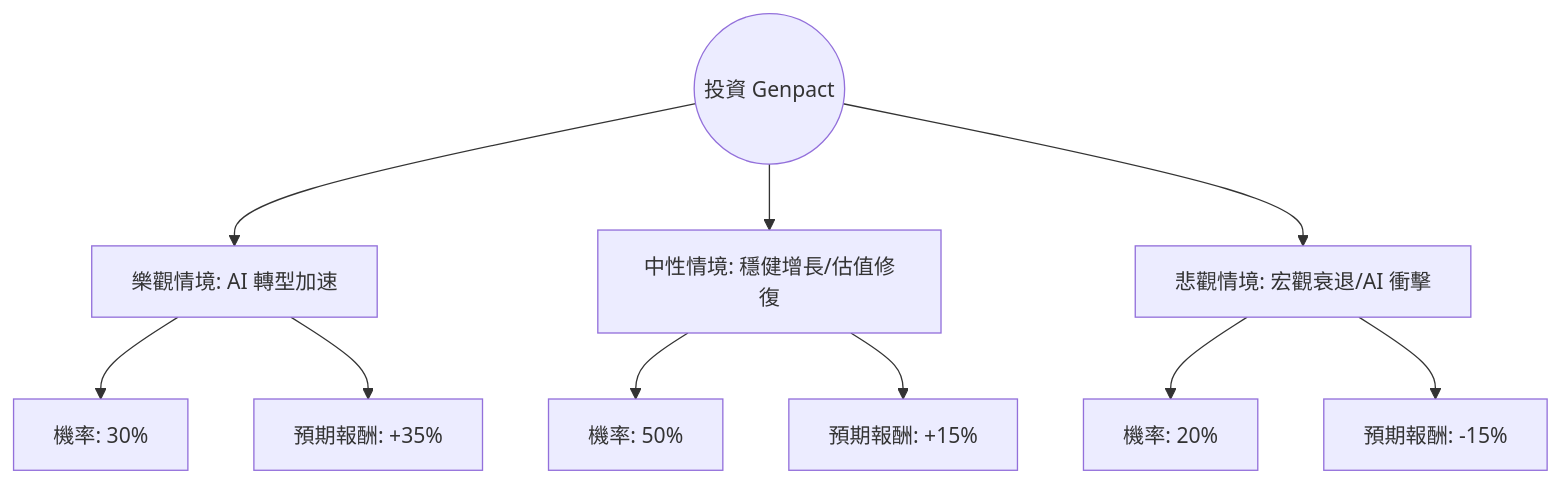
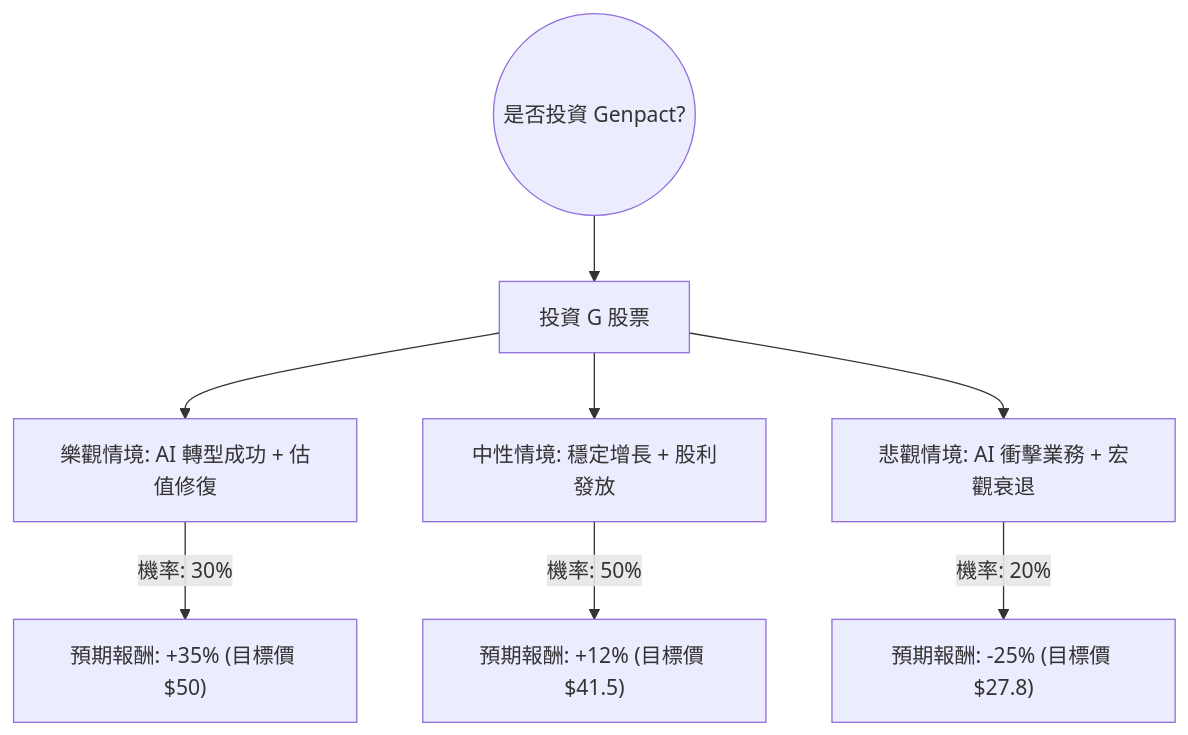
The diagram in plugin-react/ai-analysis/ev-analysis/G.md (zmcx16/zmcx16.github.io), drawn with Mermaid before and after one commit. The commit also changed other lines of this file and 68 other files, not shown here.

````diff
--- a/plugin-react/ai-analysis/ev-analysis/G.md
+++ b/plugin-react/ai-analysis/ev-analysis/G.md
@@ -19,15 +21,12 @@
 ```mermaid
 graph TD
-    Start((投資 Genpact)) --> Bull[樂觀情境: AI 轉型加速]
-    Start --> Base[中性情境: 穩健增長/估值修復]
-    Start --> Bear[悲觀情境: 宏觀衰退/AI 衝擊]
+    Start((是否投資 Genpact?)) --> Invest[投資 G 股票]
+    
+    Invest --> Bull[樂觀情境: AI 轉型成功 + 估值修復]
+    Invest --> Base[中性情境: 穩定增長 + 股利發放]
+    Invest --> Bear[悲觀情境: AI 衝擊業務 + 宏觀衰退]
 
-    Bull --> Bull_P[機率: 30%]
-    Bull --> Bull_R[預期報酬: +35%]
-    
-    Base --> Base_P[機率: 50%]
-    Base --> Base_R[預期報酬: +15%]
-    
-    Bear --> Bear_P[機率: 20%]
-    Bear --> Bear_R[預期報酬: -15%]
+    Bull -- "機率: 30%" --> BullResult["預期報酬: +35% (目標價 $50)"]
+    Base -- "機率: 50%" --> BaseResult["預期報酬: +12% (目標價 $41.5)"]
+    Bear -- "機率: 20%" --> BearResult["預期報酬: -25% (目標價 $27.8)"]
 ```
````
